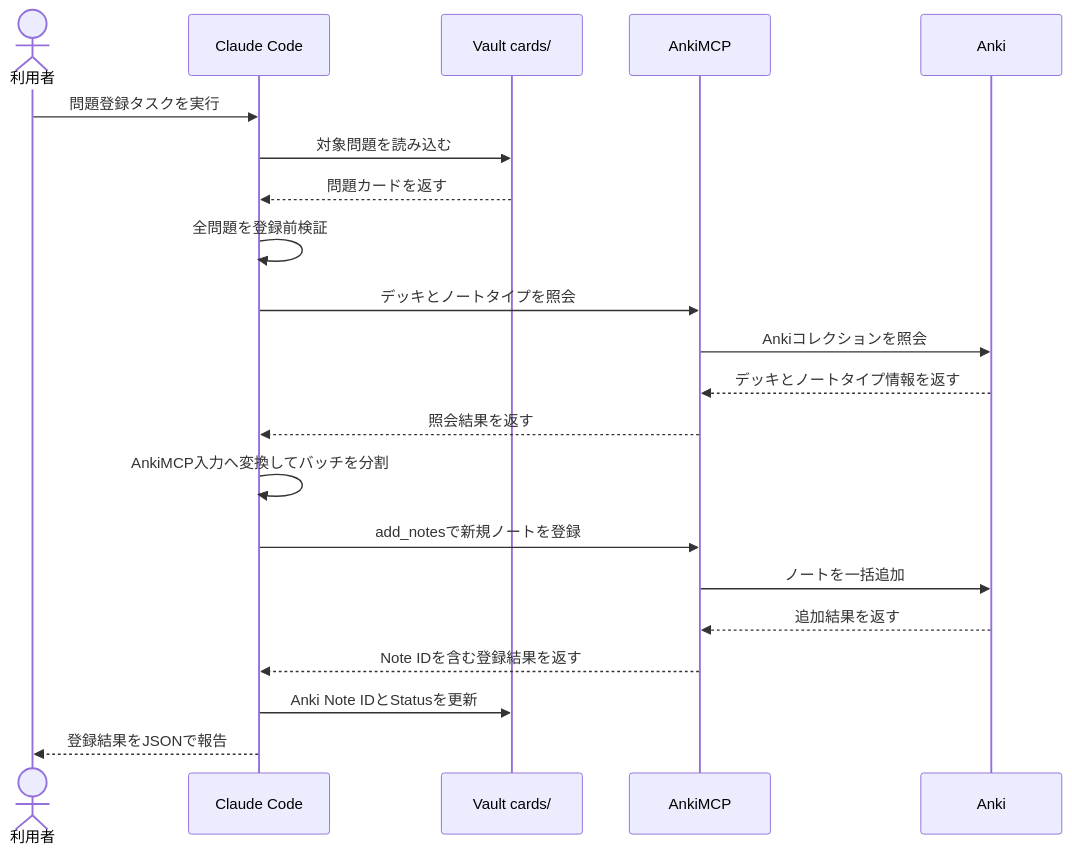
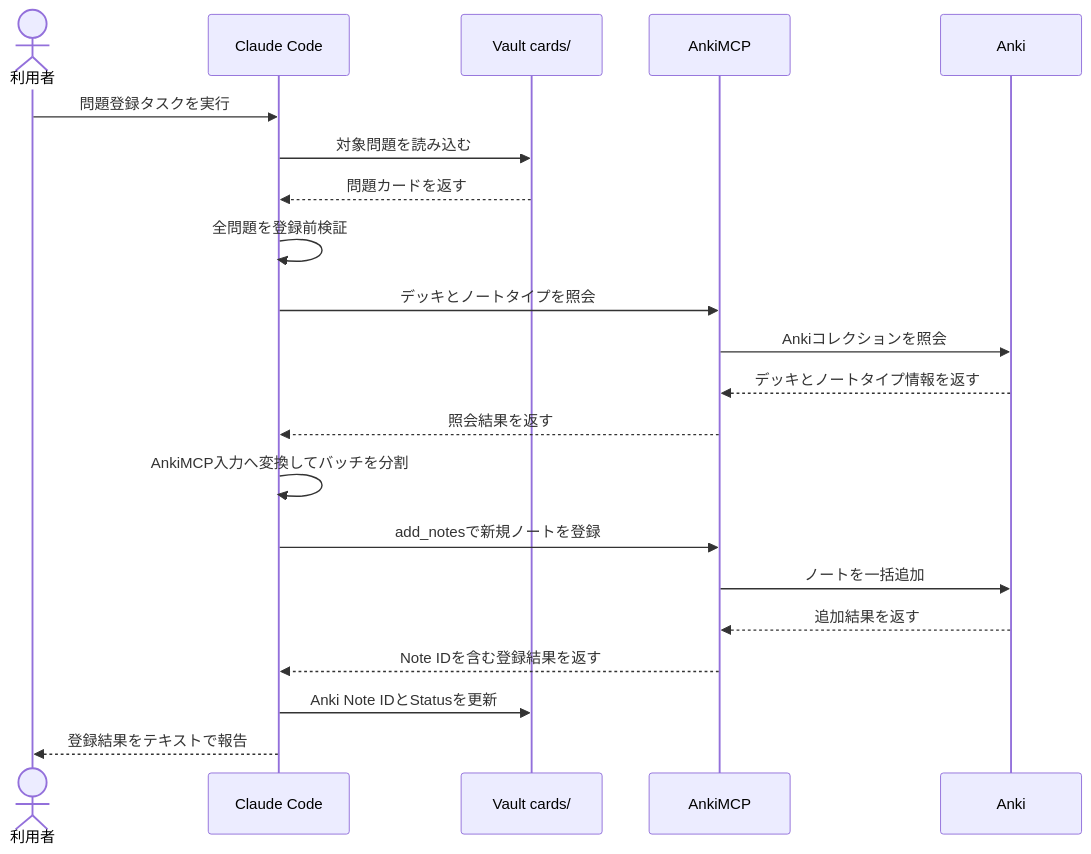
The third of 5 diagrams in .claude/doc/flashcard_workflow_spec.md (jun-tech-forge/obsidian-repository), drawn with Mermaid before and after one commit. The commit also changed other lines of this file and 5 other files, not shown here.

````diff
--- a/.claude/doc/flashcard_workflow_spec.md
+++ b/.claude/doc/flashcard_workflow_spec.md
@@ -1018,24 +1018,24 @@
 ```mermaid
 sequenceDiagram
     actor User as 利用者
     participant CC as Claude Code
     participant C as Vault cards/
     participant M as AnkiMCP
     participant A as Anki
 
     User->>CC: 問題登録タスクを実行
     CC->>C: 対象問題を読み込む
     C-->>CC: 問題カードを返す
     CC->>CC: 全問題を登録前検証
     CC->>M: デッキとノートタイプを照会
     M->>A: Ankiコレクションを照会
     A-->>M: デッキとノートタイプ情報を返す
     M-->>CC: 照会結果を返す
     CC->>CC: AnkiMCP入力へ変換してバッチを分割
     CC->>M: add_notesで新規ノートを登録
     M->>A: ノートを一括追加
     A-->>M: 追加結果を返す
     M-->>CC: Note IDを含む登録結果を返す
     CC->>C: Anki Note IDとStatusを更新
-    CC-->>User: 登録結果をJSONで報告
+    CC-->>User: 登録結果をテキストで報告
 ```
````
